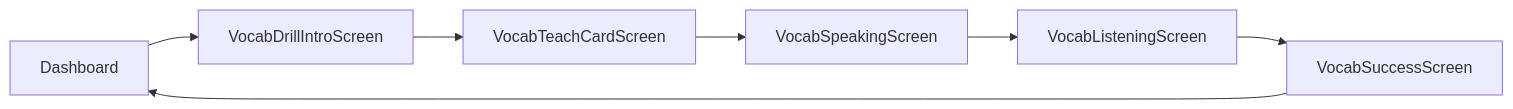
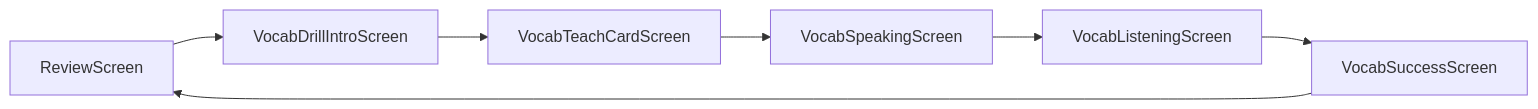
The sixth of 7 diagrams in README.md (ThomasRogersF/SpanishVIP-Wireframe-View), drawn with Mermaid before and after one commit. The commit also changed other lines of this file and 22 other files, not shown here.

````diff
--- a/README.md
+++ b/README.md
@@ -484,9 +491,9 @@
 ```mermaid
 graph LR
-    DASH[Dashboard] --> INTRO[VocabDrillIntroScreen]
+    REVIEW[ReviewScreen] --> INTRO[VocabDrillIntroScreen]
     INTRO --> TEACH[VocabTeachCardScreen]
     TEACH --> SPEAK[VocabSpeakingScreen]
     SPEAK --> LISTEN[VocabListeningScreen]
     LISTEN --> SUCCESS[VocabSuccessScreen]
-    SUCCESS --> DASH
+    SUCCESS --> REVIEW
 ```
````
